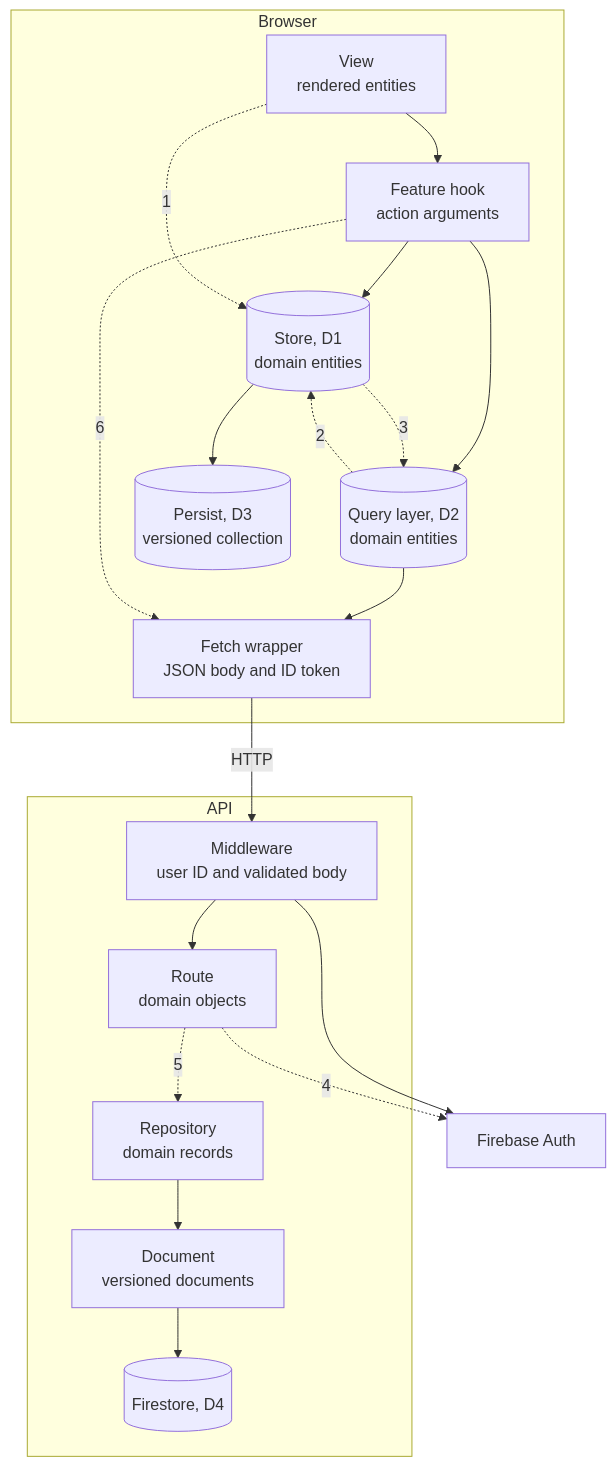
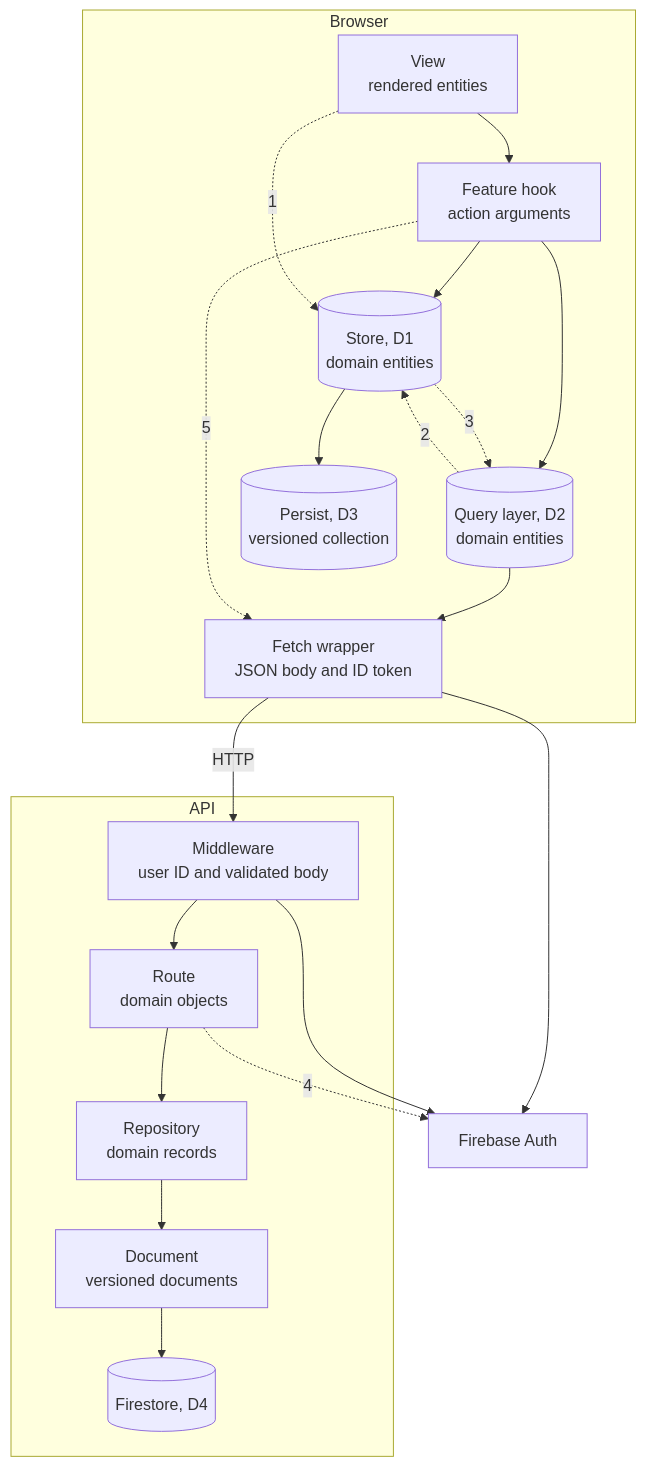
The first of 3 diagrams in docs/reference/data-flow-layers.md (dungeon-studio/genshin.dungeon.studio), drawn with Mermaid before and after one commit. The commit also changed other lines of this file and 4 other files, not shown here.

First line of the commit message:
docs: fact-check data flow pages after merging develop

````diff
--- a/docs/reference/data-flow-layers.md
+++ b/docs/reference/data-flow-layers.md
@@ -16,39 +16,40 @@
 ```mermaid
 flowchart TB
   subgraph browser[Browser]
     view[View<br>rendered entities]
     hook[Feature hook<br>action arguments]
     store[(Store, D1<br>domain entities)]
     query[(Query layer, D2<br>domain entities)]
     persist[(Persist, D3<br>versioned collection)]
     fetchWrapper[Fetch wrapper<br>JSON body and ID token]
   end
 
   subgraph api[API]
     middleware[Middleware<br>user ID and validated body]
     route[Route<br>domain objects]
     repository[Repository<br>domain records]
     document[Document<br>versioned documents]
     firestore[(Firestore, D4)]
   end
 
   firebaseAuth[Firebase Auth]
 
   view --> hook
   hook --> store
   hook --> query
   store --> persist
   query --> fetchWrapper
   fetchWrapper -->|HTTP| middleware
   middleware --> route
+  route --> repository
   repository --> document
   document --> firestore
+  fetchWrapper --> firebaseAuth
   middleware --> firebaseAuth
 
   view -.->|1| store
   query -.->|2| store
   store -.->|3| query
   route -.->|4| firebaseAuth
-  route -.->|5| repository
-  hook -.->|6| fetchWrapper
+  hook -.->|5| fetchWrapper
 ```
````
